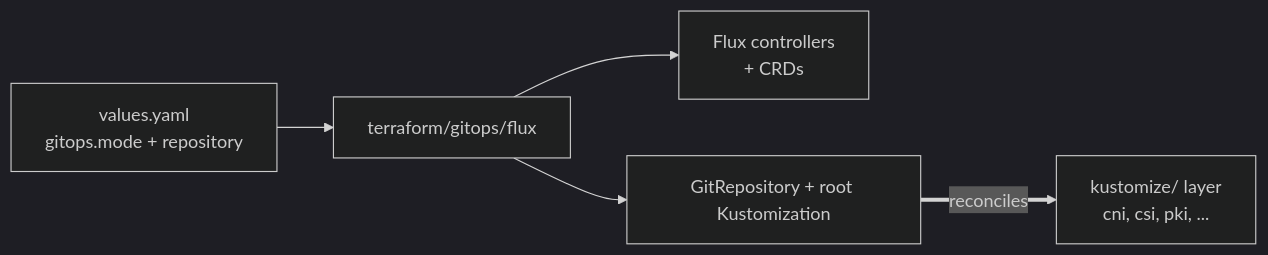
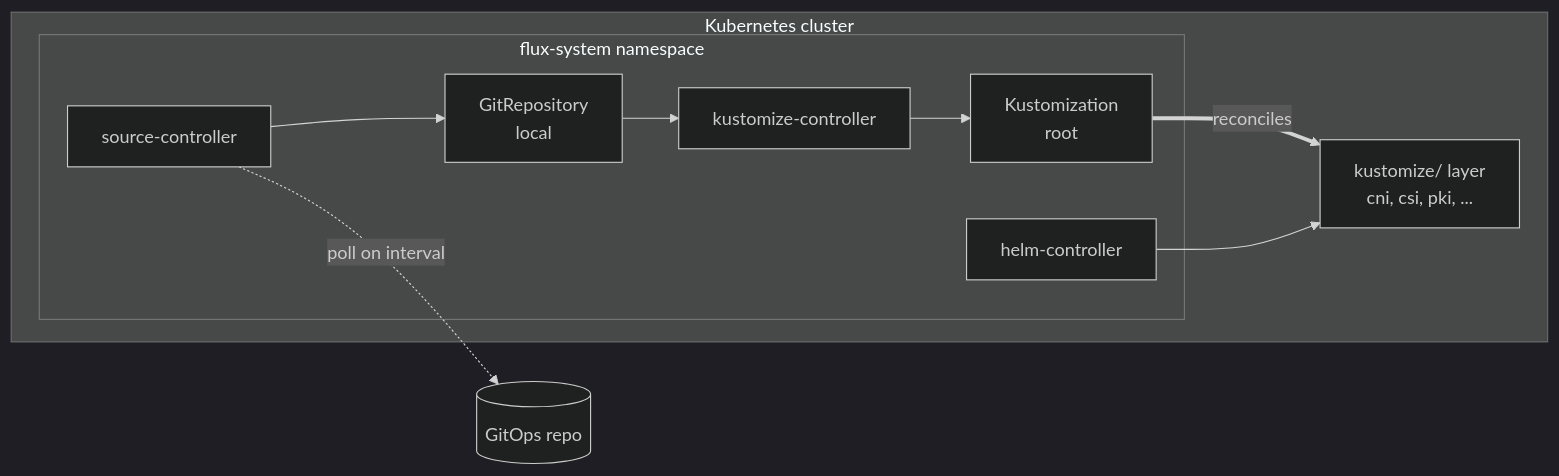
The second of 2 diagrams in terraform/gitops/README.md (windsorcli/core), drawn with Mermaid (dark theme) before and after one commit. The commit also changed other lines of this file and 7 other files, not shown here.

Commit message:
chore(docs): enhance README files with updated architecture diagrams and detailed module descriptions across Terraform categories

````diff
--- a/terraform/gitops/README.md
+++ b/terraform/gitops/README.md
@@ -22,15 +71,22 @@
 ```mermaid
 flowchart LR
-  values[values.yaml<br/>gitops.mode + repository]
+  repo[(GitOps repo)]
 
-  tfGitops[terraform/gitops/flux]
-  flux[Flux controllers<br/>+ CRDs]
-  root[GitRepository + root Kustomization]
+  subgraph cluster[Kubernetes cluster]
+    subgraph fluxsys[flux-system namespace]
+      sc[source-controller]
+      kc[kustomize-controller]
+      hc[helm-controller]
+      gr[GitRepository<br/>local]
+      ks[Kustomization<br/>root]
+    end
+    layer[kustomize/ layer<br/>cni, csi, pki, ...]
+  end
 
-  kustomize[kustomize/ layer<br/>cni, csi, pki, ...]
-
-  values --> tfGitops
-  tfGitops --> flux
-  tfGitops --> root
-  root ==reconciles==> kustomize
+  sc -.poll on interval.-> repo
+  sc --> gr
+  gr --> kc
+  kc --> ks
+  ks ==reconciles==> layer
+  hc --> layer
 ```
````
